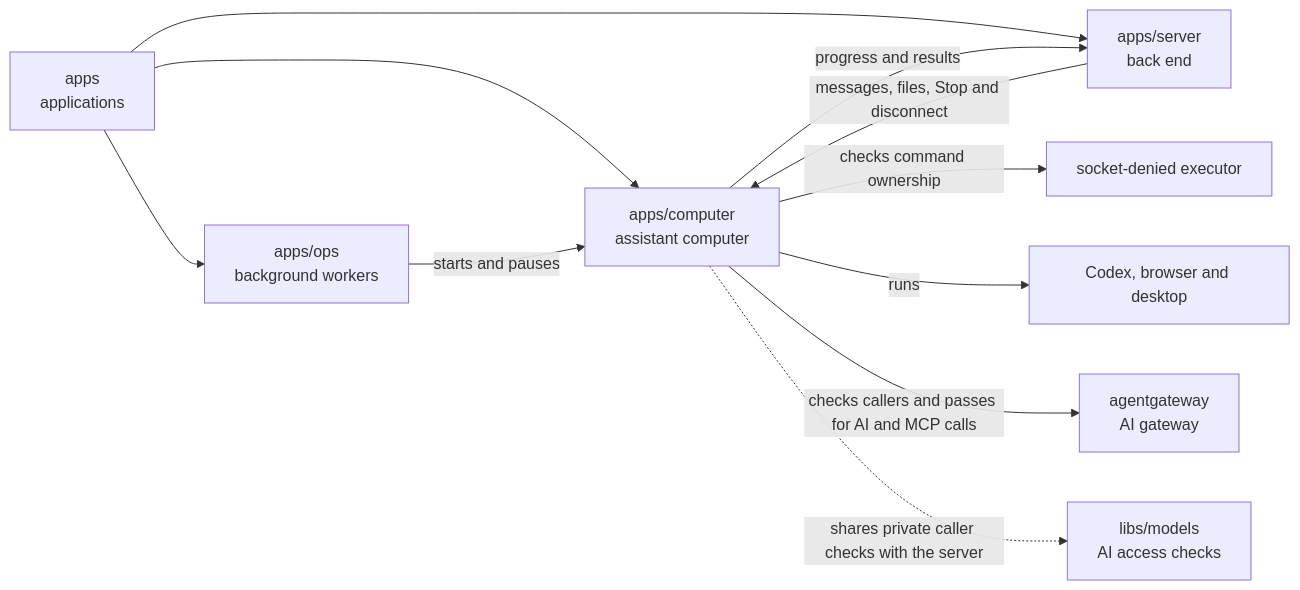
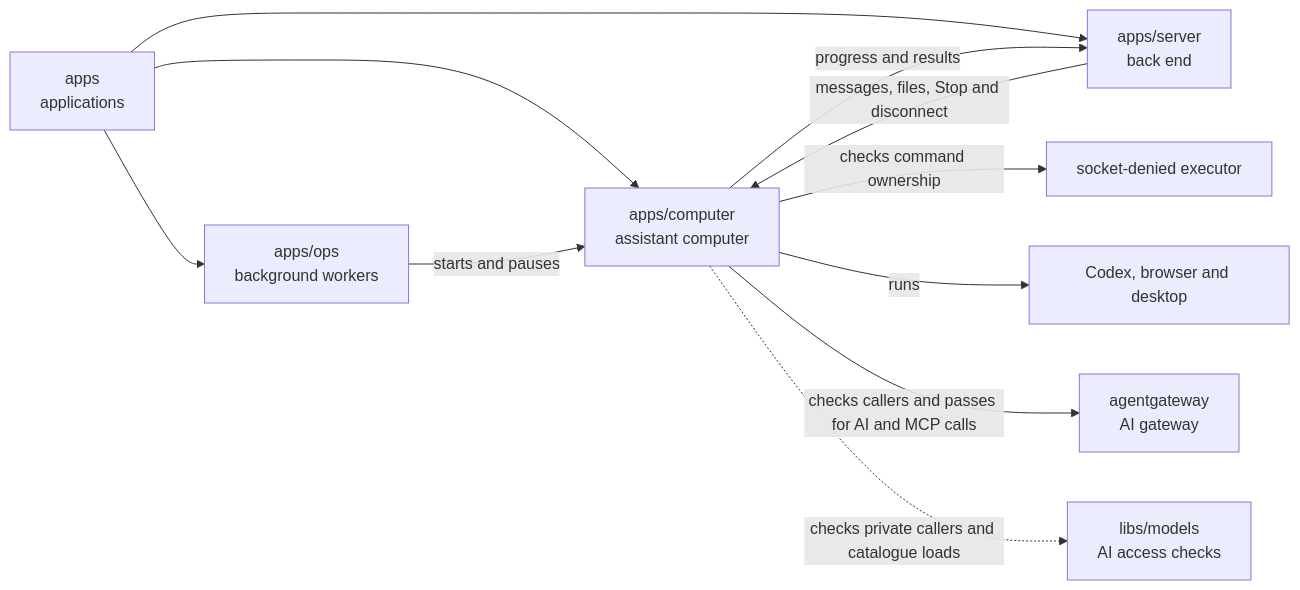
The diagram in apps/computer/README.md (elewa-git/opencrane-new), drawn with Mermaid before and after one commit. The commit also changed other lines of this file and 5 other files, not shown here.

Commit message:
🧠 Bind private catalogue discovery to one ephemeral turn

````diff
--- a/apps/computer/README.md
+++ b/apps/computer/README.md
@@ -16,13 +16,13 @@
 ```mermaid
 flowchart LR
   apps["apps<br/>applications"] --> computer["apps/computer<br/>assistant computer"]
   apps --> ops["apps/ops<br/>background workers"]
   apps --> server["apps/server<br/>back end"]
   ops -->|starts and pauses| computer
   server -->|messages, files, Stop and disconnect| computer
   computer -->|progress and results| server
   computer -->|checks command ownership| executor["socket-denied executor"]
   computer -->|runs| desktop["Codex, browser and desktop"]
   computer -->|checks callers and passes for AI and MCP calls| gateway["agentgateway<br/>AI gateway"]
-  computer -.->|shares private caller checks with the server| models["libs/models<br/>AI access checks"]
+  computer -.->|checks private callers and catalogue loads| models["libs/models<br/>AI access checks"]
 ```
````
